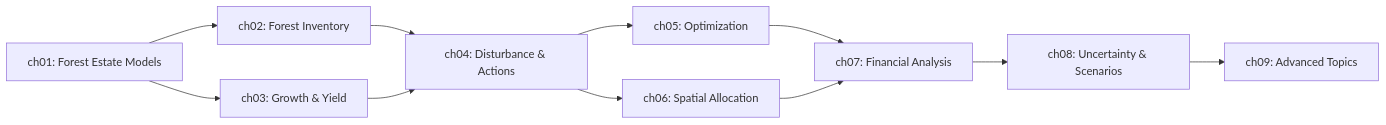
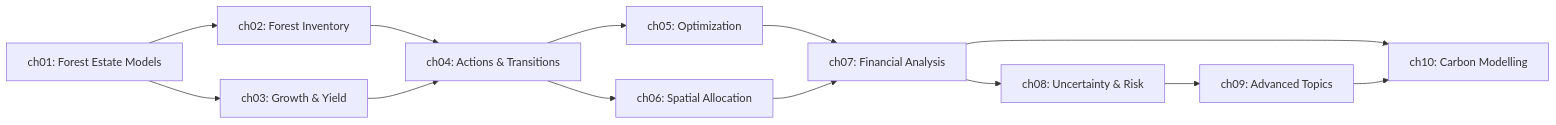
Before and after one commit to UBC-FRESH/ws3: the second of 2 diagrams in docs/source/textbook/index.rst, drawn with Mermaid. The commit also changed other lines of this file and 1 other file, not shown here.

First line of the commit message:
docs: add carbon modelling chapter (ch10)

```diff
--- a/docs/source/textbook/index.rst
+++ b/docs/source/textbook/index.rst
@@ -62,13 +62,15 @@
 .. mermaid::
 
    graph LR
      CH01["ch01: Forest Estate Models"] --> CH02["ch02: Forest Inventory"]
      CH01 --> CH03["ch03: Growth & Yield"]
-     CH02 --> CH04["ch04: Disturbance & Actions"]
+     CH02 --> CH04["ch04: Actions & Transitions"]
      CH03 --> CH04
      CH04 --> CH05["ch05: Optimization"]
      CH04 --> CH06["ch06: Spatial Allocation"]
      CH05 --> CH07["ch07: Financial Analysis"]
      CH06 --> CH07
-     CH07 --> CH08["ch08: Uncertainty & Scenarios"]
+     CH07 --> CH08["ch08: Uncertainty & Risk"]
      CH08 --> CH09["ch09: Advanced Topics"]
+     CH07 --> CH10["ch10: Carbon Modelling"]
+     CH09 --> CH10
```
